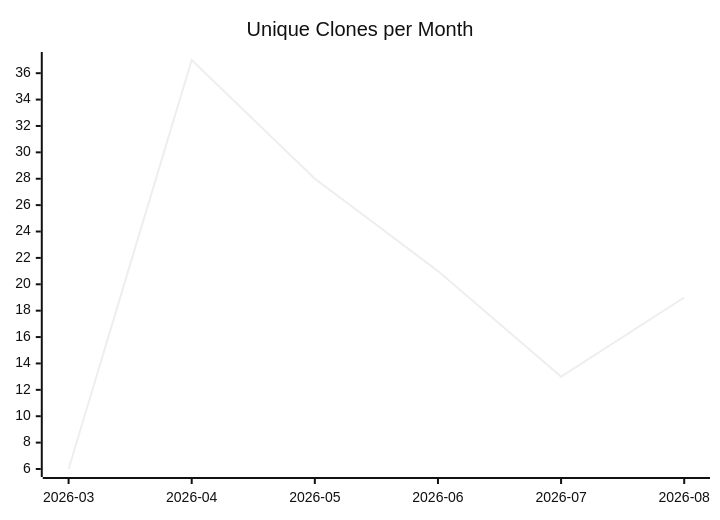
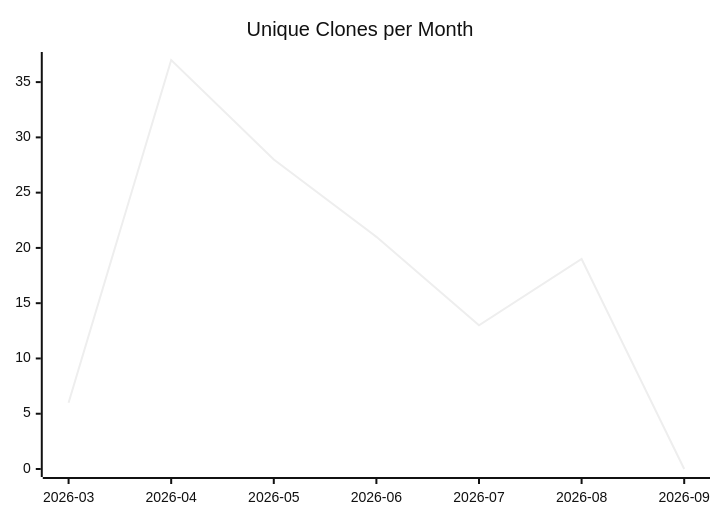
Before and after one commit to justdavis-family/github-analytics-data: the third of 3 diagrams in karlmdavis/ansible-role-jenkins2/README.md, drawn with Mermaid (neutral theme). The commit also changed other lines of this file and 191 other files, not shown here.

````diff
--- a/karlmdavis/ansible-role-jenkins2/README.md
+++ b/karlmdavis/ansible-role-jenkins2/README.md
@@ -19,6 +19,6 @@
 ```mermaid
 xychart-beta
   title "Unique Clones per Month"
-  x-axis ["2026-03", "2026-04", "2026-05", "2026-06", "2026-07", "2026-08"]
-  line [6, 37, 28, 21, 13, 19]
+  x-axis ["2026-03", "2026-04", "2026-05", "2026-06", "2026-07", "2026-08", "2026-09"]
+  line [6, 37, 28, 21, 13, 19, 0]
 ```
````
